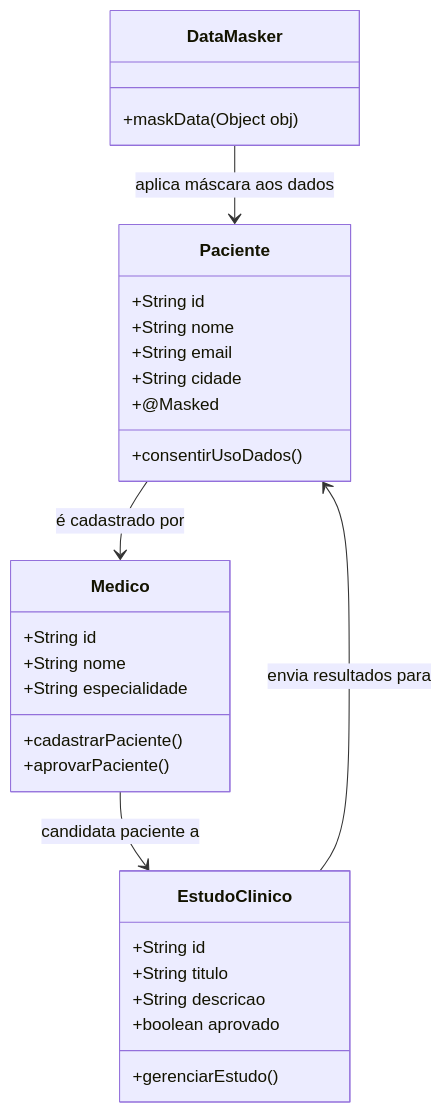
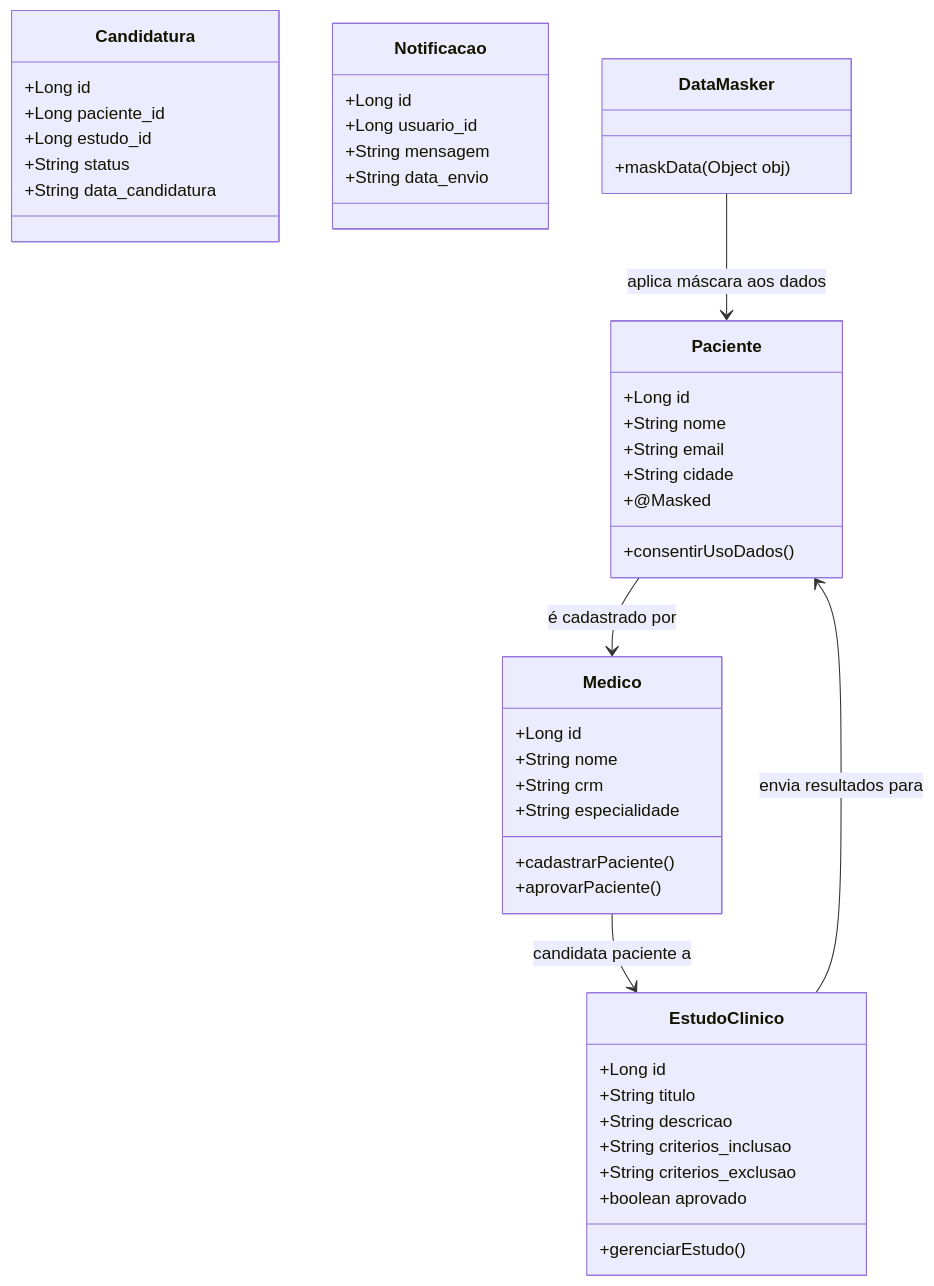
The fifth of 14 diagrams in README.md (andrefilipe1310/inovamed-), drawn with Mermaid before and after one commit.

````diff
--- a/README.md
+++ b/README.md
@@ -125,37 +125,55 @@
 ```mermaid
 classDiagram
   class Paciente {
-    +String id
+    +Long id
     +String nome
     +String email
     +String cidade
     +consentirUsoDados()
     +@Masked
   }
   
   class Medico {
-    +String id
+    +Long id
     +String nome
+    +String crm
     +String especialidade
     +cadastrarPaciente()
     +aprovarPaciente()
   }
 
   class EstudoClinico {
-    +String id
+    +Long id
     +String titulo
     +String descricao
+    +String criterios_inclusao
+    +String criterios_exclusao
     +boolean aprovado
     +gerenciarEstudo()
+  }
+
+  class Candidatura {
+    +Long id
+    +Long paciente_id
+    +Long estudo_id
+    +String status
+    +String data_candidatura
+  }
+
+  class Notificacao {
+    +Long id
+    +Long usuario_id
+    +String mensagem
+    +String data_envio
   }
 
   class DataMasker {
     +maskData(Object obj)
   }
 
   Paciente --> Medico : é cadastrado por
   Medico --> EstudoClinico : candidata paciente a
   EstudoClinico --> Paciente : envia resultados para
   DataMasker --> Paciente : aplica máscara aos dados
 
 ```
````
